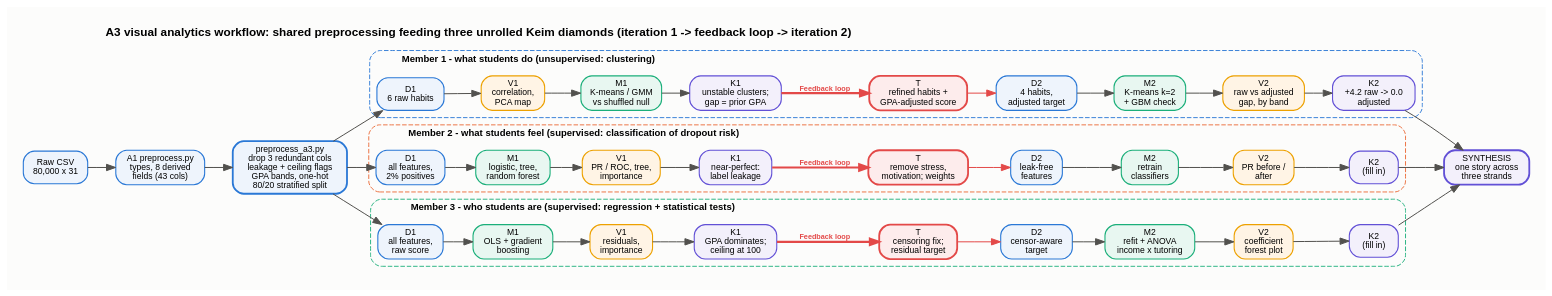
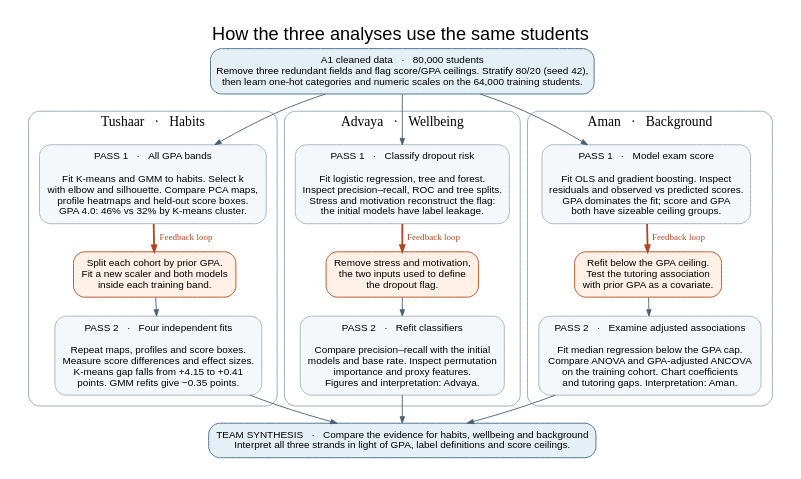
The diagram in diagrams/A3_master_workflow.dot (Tushaarkolipakula/DV), drawn with Graphviz before and after one commit. The commit also changed 42 other files, not shown here.

Commit message:
Complete habits clustering across prior-GPA bands and publish Tushaar's report

```diff
--- a/diagrams/A3_master_workflow.dot
+++ b/diagrams/A3_master_workflow.dot
@@ -1,78 +1,47 @@
-// Team A3 master workflow: shared preprocessing, then three unrolled Keim diamonds.
-// Member 2 and Member 3 boxes describe the agreed plan: edit their labels once
-// their analysis is final, then re-render:
-//   dot -Tpng -Gdpi=170 A3_master_workflow.dot -o ../images/A3_master_workflow.png
+// Render from the repo root with Graphviz:
+// dot -Tpng -Gdpi=170 diagrams/A3_master_workflow.dot -o images/A3_master_workflow.png
+// dot -Tpdf diagrams/A3_master_workflow.dot -o diagrams/A3_master_workflow.pdf
 digraph A3 {
-  rankdir=LR; newrank=true; nodesep=0.25; ranksep=0.42; bgcolor="#fcfcfb"; pad=0.25;
-  node [shape=box, style="rounded,filled", fontname="Helvetica", fontsize=9.5,
-        color="#8a8985", fillcolor="white", penwidth=1.2, margin="0.10,0.06"];
-  edge [fontname="Helvetica", fontsize=8, color="#52514e", fontcolor="#52514e", penwidth=1.1];
-  label="A3 visual analytics workflow: shared preprocessing feeding three unrolled Keim diamonds (iteration 1 -> feedback loop -> iteration 2)";
-  labelloc=t; labeljust=l; fontname="Helvetica-Bold"; fontsize=13;
+  graph [newrank=true, pad=.22, nodesep=.30, ranksep=.27, bgcolor="white", fontname="Arial",
+         label="How the three analyses use the same students", labelloc=t, fontsize=20];
+  node [shape=box, style="rounded,filled", fontname="Arial", fontsize=11,
+        color="#A9B8C4", fillcolor="#F5F8FA", margin=".14,.10", penwidth=1.1];
+  edge [fontname="Arial", fontsize=10, color="#496175", arrowsize=.70];
 
-  RAW [label="Raw CSV\n80,000 x 31", fillcolor="#eef4fc", color="#2a78d6"];
-  A1  [label="A1 preprocess.py\ntypes, 8 derived\nfields (43 cols)", fillcolor="#eef4fc", color="#2a78d6"];
-  A3P [label="preprocess_a3.py\ndrop 3 redundant cols\nleakage + ceiling flags\nGPA bands, one-hot\n80/20 stratified split", fillcolor="#eef4fc", color="#2a78d6", penwidth=2];
-  RAW -> A1 -> A3P;
+  source [label="A1 cleaned data   ·   80,000 students\nRemove three redundant fields and flag score/GPA ceilings. Stratify 80/20 (seed 42),\nthen learn one-hot categories and numeric scales on the 64,000 training students.",
+          fillcolor="#E5EFF6", color="#527895"];
 
-  // ---------------- Member 1 ----------------
-  subgraph cluster_m1 {
-    label="Member 1 - what students do (unsupervised: clustering)"; fontname="Helvetica-Bold"; fontsize=10.5;
-    style="rounded,dashed"; color="#2a78d6";
-    m1d [label="D1\n6 raw habits", fillcolor="#eef4fc", color="#2a78d6"];
-    m1v [label="V1\ncorrelation,\nPCA map", fillcolor="#fff4e5", color="#eda100"];
-    m1m [label="M1\nK-means / GMM\nvs shuffled null", fillcolor="#e8f7f1", color="#1baf7a"];
-    m1k [label="K1\nunstable clusters;\ngap = prior GPA", fillcolor="#f3f0fb", color="#6250d6"];
-    m1t [label="T\nrefined habits +\nGPA-adjusted score", fillcolor="#fdecec", color="#e34948", penwidth=2];
-    m1d2 [label="D2\n4 habits,\nadjusted target", fillcolor="#eef4fc", color="#2a78d6"];
-    m1m2 [label="M2\nK-means k=2\n+ GBM check", fillcolor="#e8f7f1", color="#1baf7a"];
-    m1v2 [label="V2\nraw vs adjusted\ngap, by band", fillcolor="#fff4e5", color="#eda100"];
-    m1k2 [label="K2\n+4.2 raw -> 0.0\nadjusted", fillcolor="#f3f0fb", color="#6250d6"];
-    m1d -> m1v -> m1m -> m1k;
-    m1k -> m1t [label="Feedback loop", color="#e34948", fontcolor="#e34948", penwidth=2.4, fontname="Helvetica-Bold"];
-    m1t -> m1d2 [color="#e34948"];
-    m1d2 -> m1m2 -> m1v2 -> m1k2;
+  subgraph cluster_h {
+    label="Tushaar   ·   Habits"; fontname="Arial Bold"; fontsize=15;
+    style="rounded"; color="#91A6B3"; margin=12;
+    h1 [label="PASS 1   ·   All GPA bands\n\nFit K-means and GMM to habits. Select k\nwith elbow and silhouette. Compare PCA maps,\nprofile heatmaps and held-out score boxes.\nGPA 4.0: 46% vs 32% by K-means cluster."];
+    ht [label="Split each cohort by prior GPA.\nFit a new scaler and both models\ninside each training band.", fillcolor="#FFF1E8",color="#B95A30"];
+    h2 [label="PASS 2   ·   Four independent fits\n\nRepeat maps, profiles and score boxes.\nMeasure score differences and effect sizes.\nK-means gap falls from +4.15 to +0.41\npoints. GMM refits give −0.35 points."];
+    h1 -> ht [label="Feedback loop", fontname="Arial Bold", color="#AD4726", fontcolor="#AD4726",penwidth=2];
+    ht -> h2;
   }
-
-  // ---------------- Member 2 ----------------
-  subgraph cluster_m2 {
-    label="Member 2 - what students feel (supervised: classification of dropout risk)"; fontname="Helvetica-Bold"; fontsize=10.5;
-    style="rounded,dashed"; color="#eb6834";
-    m2d [label="D1\nall features,\n2% positives", fillcolor="#eef4fc", color="#2a78d6"];
-    m2m [label="M1\nlogistic, tree,\nrandom forest", fillcolor="#e8f7f1", color="#1baf7a"];
-    m2v [label="V1\nPR / ROC, tree,\nimportance", fillcolor="#fff4e5", color="#eda100"];
-    m2k [label="K1\nnear-perfect:\nlabel leakage", fillcolor="#f3f0fb", color="#6250d6"];
-    m2t [label="T\nremove stress,\nmotivation; weights", fillcolor="#fdecec", color="#e34948", penwidth=2];
-    m2d2 [label="D2\nleak-free\nfeatures", fillcolor="#eef4fc", color="#2a78d6"];
-    m2m2 [label="M2\nretrain\nclassifiers", fillcolor="#e8f7f1", color="#1baf7a"];
-    m2v2 [label="V2\nPR before /\nafter", fillcolor="#fff4e5", color="#eda100"];
-    m2k2 [label="K2\n(fill in)", fillcolor="#f3f0fb", color="#6250d6"];
-    m2d -> m2m -> m2v -> m2k;
-    m2k -> m2t [label="Feedback loop", color="#e34948", fontcolor="#e34948", penwidth=2.4, fontname="Helvetica-Bold"];
-    m2t -> m2d2 [color="#e34948"];
-    m2d2 -> m2m2 -> m2v2 -> m2k2;
+  subgraph cluster_w {
+    label="Advaya   ·   Wellbeing"; fontname="Arial Bold"; fontsize=15;
+    style="rounded"; color="#91A6B3"; margin=12;
+    w1 [label="PASS 1   ·   Classify dropout risk\n\nFit logistic regression, tree and forest.\nInspect precision–recall, ROC and tree splits.\nStress and motivation reconstruct the flag: \nthe initial models have label leakage."];
+    wt [label="Remove stress and motivation,\nthe two inputs used to define\nthe dropout flag.", fillcolor="#FFF1E8",color="#B95A30"];
+    w2 [label="PASS 2   ·   Refit classifiers\n\nCompare precision–recall with the initial\nmodels and base rate. Inspect permutation\nimportance and proxy features.\nFigures and interpretation: Advaya."];
+    w1 -> wt [label="Feedback loop", fontname="Arial Bold", color="#AD4726", fontcolor="#AD4726",penwidth=2];
+    wt -> w2;
   }
-
-  // ---------------- Member 3 ----------------
-  subgraph cluster_m3 {
-    label="Member 3 - who students are (supervised: regression + statistical tests)"; fontname="Helvetica-Bold"; fontsize=10.5;
-    style="rounded,dashed"; color="#1baf7a";
-    m3d [label="D1\nall features,\nraw score", fillcolor="#eef4fc", color="#2a78d6"];
-    m3m [label="M1\nOLS + gradient\nboosting", fillcolor="#e8f7f1", color="#1baf7a"];
-    m3v [label="V1\nresiduals,\nimportance", fillcolor="#fff4e5", color="#eda100"];
-    m3k [label="K1\nGPA dominates;\nceiling at 100", fillcolor="#f3f0fb", color="#6250d6"];
-    m3t [label="T\ncensoring fix;\nresidual target", fillcolor="#fdecec", color="#e34948", penwidth=2];
-    m3d2 [label="D2\ncensor-aware\ntarget", fillcolor="#eef4fc", color="#2a78d6"];
-    m3m2 [label="M2\nrefit + ANOVA\nincome x tutoring", fillcolor="#e8f7f1", color="#1baf7a"];
-    m3v2 [label="V2\ncoefficient\nforest plot", fillcolor="#fff4e5", color="#eda100"];
-    m3k2 [label="K2\n(fill in)", fillcolor="#f3f0fb", color="#6250d6"];
-    m3d -> m3m -> m3v -> m3k;
-    m3k -> m3t [label="Feedback loop", color="#e34948", fontcolor="#e34948", penwidth=2.4, fontname="Helvetica-Bold"];
-    m3t -> m3d2 [color="#e34948"];
-    m3d2 -> m3m2 -> m3v2 -> m3k2;
+  subgraph cluster_b {
+    label="Aman   ·   Background"; fontname="Arial Bold"; fontsize=15;
+    style="rounded"; color="#91A6B3"; margin=12;
+    b1 [label="PASS 1   ·   Model exam score\n\nFit OLS and gradient boosting. Inspect\nresiduals and observed vs predicted scores.\nGPA dominates the fit; score and GPA\nboth have sizeable ceiling groups."];
+    bt [label="Refit below the GPA ceiling.\nTest the tutoring association\nwith prior GPA as a covariate.", fillcolor="#FFF1E8",color="#B95A30"];
+    b2 [label="PASS 2   ·   Examine adjusted associations\n\nFit median regression below the GPA cap.\nCompare ANOVA and GPA-adjusted ANCOVA\non the training cohort. Chart coefficients\nand tutoring gaps. Interpretation: Aman."];
+    b1 -> bt [label="Feedback loop", fontname="Arial Bold", color="#AD4726", fontcolor="#AD4726",penwidth=2];
+    bt -> b2;
   }
-
-  SYN [label="SYNTHESIS\none story across\nthree strands", fillcolor="#f3f0fb", color="#6250d6", penwidth=2];
-  A3P -> m1d; A3P -> m2d; A3P -> m3d;
-  m1k2 -> SYN; m2k2 -> SYN; m3k2 -> SYN;
+  {rank=same; h1; w1; b1;}
+  {rank=same; ht; wt; bt;}
+  {rank=same; h2; w2; b2;}
+  source -> {h1 w1 b1};
+  synthesis [label="TEAM SYNTHESIS   ·   Compare the evidence for habits, wellbeing and background\nInterpret all three strands in light of GPA, label definitions and score ceilings.", fillcolor="#E5EFF6",color="#527895"];
+  {h2 w2 b2} -> synthesis;
 }
```
